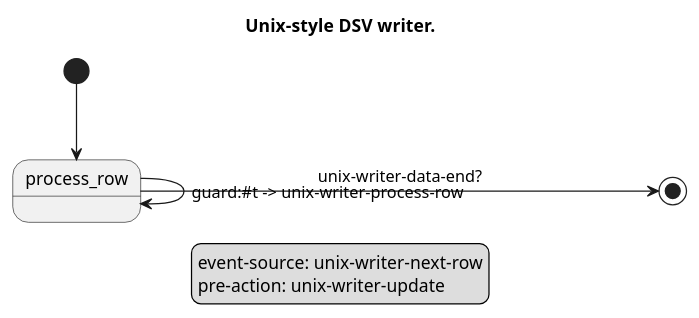
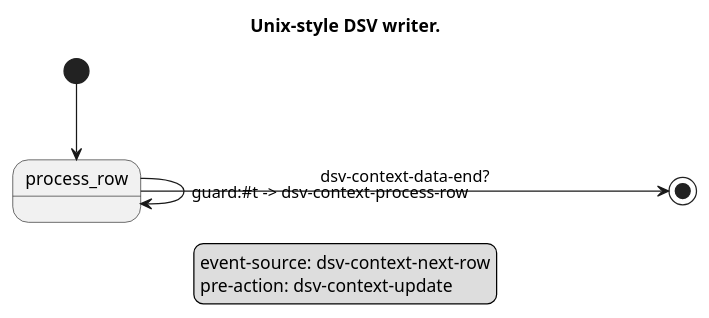
The diagram in modules/dsv/fsm/unix-writer.puml (artyom-poptsov/guile-dsv), drawn with PlantUML before and after one commit. The commit also changed 3 other files, not shown here.

First line of the commit message:
dsv/fsm/dsv-context (<unix-writer>): Rename to "<dsv-context>"

```diff
--- a/modules/dsv/fsm/unix-writer.puml
+++ b/modules/dsv/fsm/unix-writer.puml
@@ -1,31 +1,31 @@
 @startuml
 
 ' Copyright (C) 2026 Artyom V. Poptsov <poptsov.artyom@gmail.com>
 '
 ' This program is free software: you can redistribute it and/or modify
 ' it under the terms of the GNU General Public License as published by
 ' the Free Software Foundation, either version 3 of the License, or
 ' (at your option) any later version.
 '
 ' The program is distributed in the hope that it will be useful,
 ' but WITHOUT ANY WARRANTY; without even the implied warranty of
 ' MERCHANTABILITY or FITNESS FOR A PARTICULAR PURPOSE.  See the
 ' GNU General Public License for more details.
 '
 ' You should have received a copy of the GNU General Public License
 ' along with the program.  If not, see <http://www.gnu.org/licenses/>.
 
 
 title Unix-style DSV writer.
 
 legend
-event-source: unix-writer-next-row
-pre-action: unix-writer-update
+event-source: dsv-context-next-row
+pre-action: dsv-context-update
 endlegend
 
 [*] --> process_row
 
-process_row -> [*]: unix-writer-data-end?
-process_row -> process_row: guard:#t -> unix-writer-process-row
+process_row -> [*]: dsv-context-data-end?
+process_row -> process_row: guard:#t -> dsv-context-process-row
 
 @enduml
```
